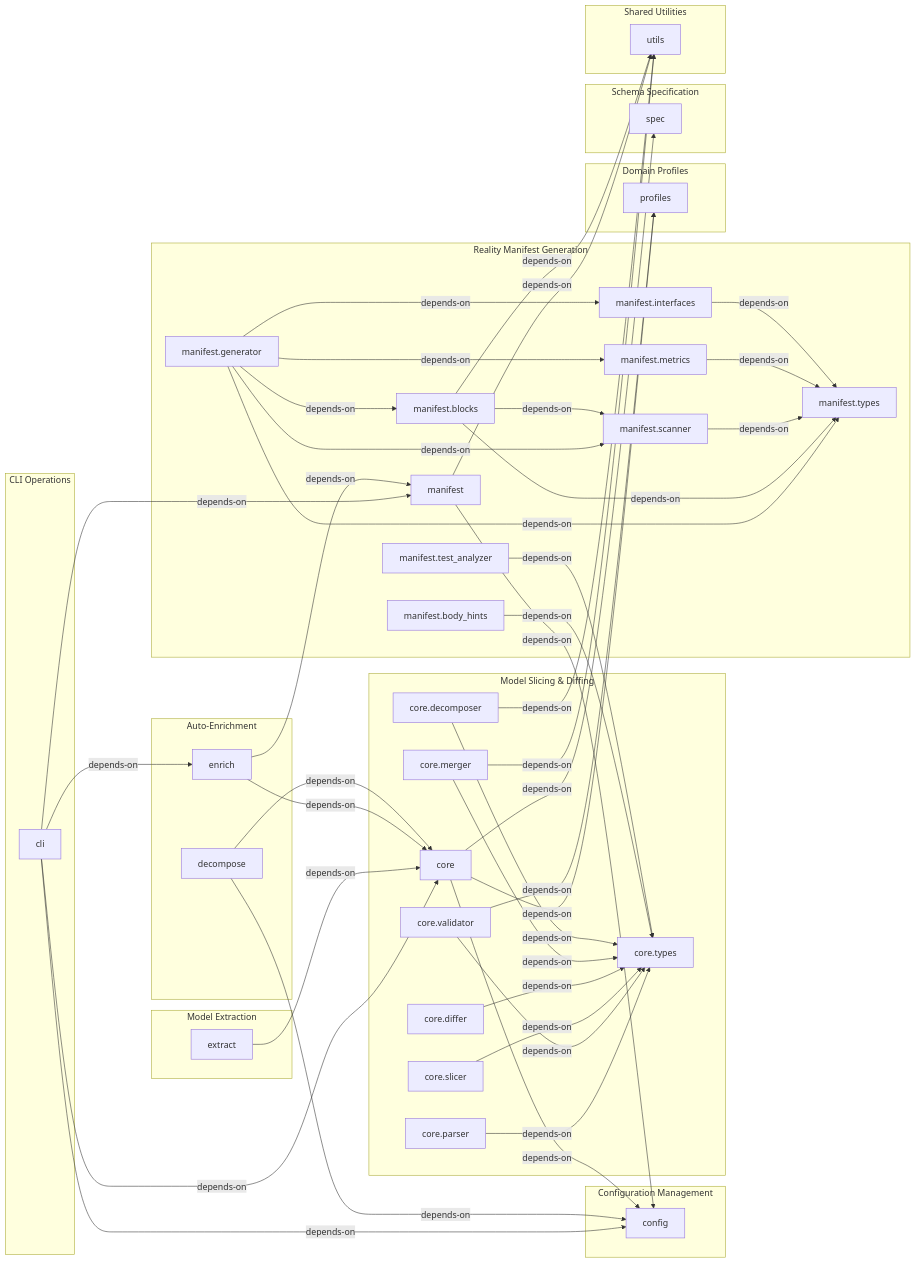
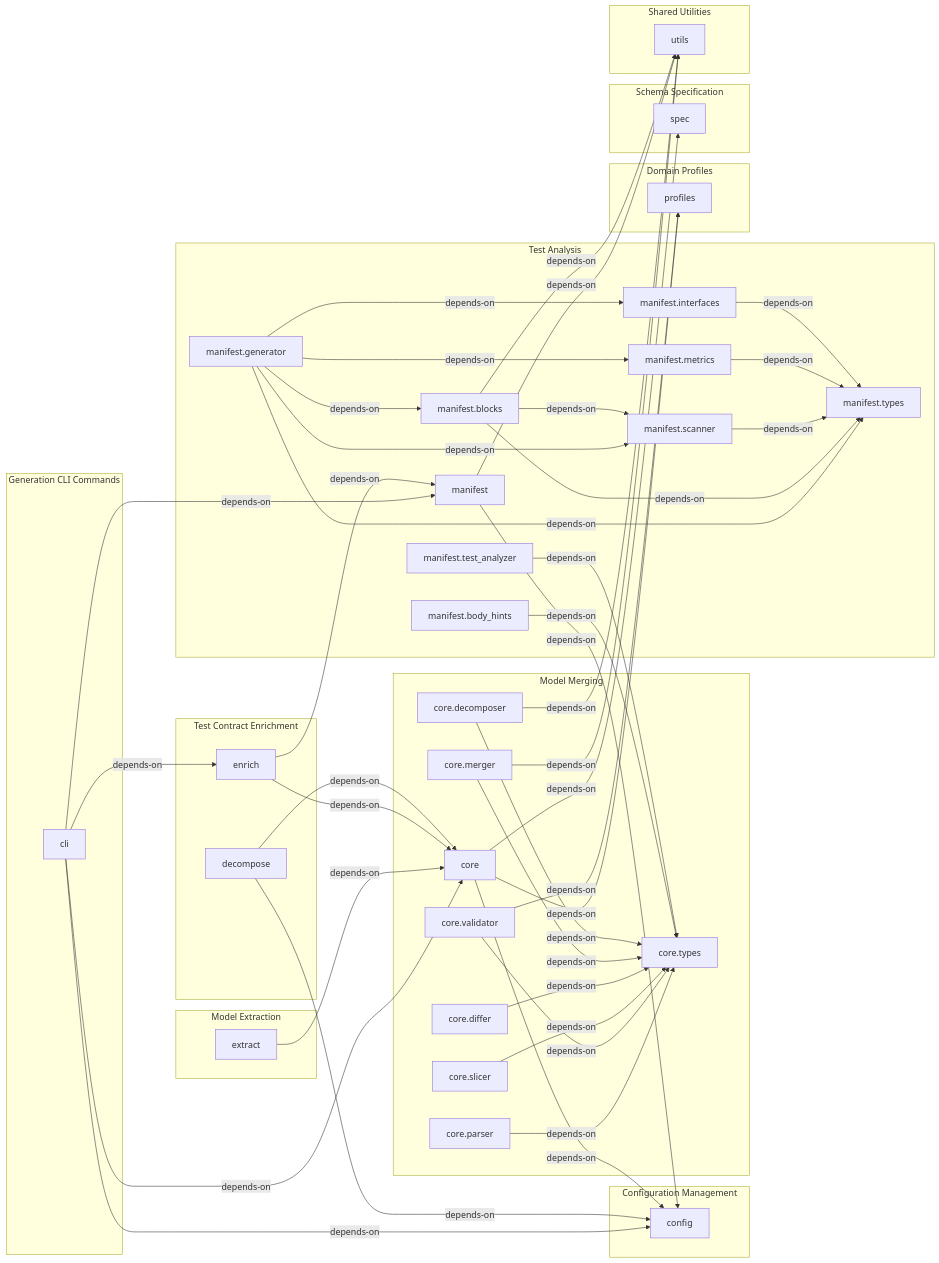
The diagram in output/diagrams/dependencies.md (opn-arch/architecture-model-standard), drawn with Mermaid before and after one commit. The commit also changed 21 other files, not shown here.

First line of the commit message:
feat: SE architecture enrichment — proper use cases, hierarchical capabilities, triggers flow

````diff
--- a/output/diagrams/dependencies.md
+++ b/output/diagrams/dependencies.md
@@ -3,82 +3,82 @@
 ```mermaid
 flowchart LR
-    subgraph F1[CLI Operations]
+    subgraph F1[Generation CLI Commands]
         COMP_CLI[cli]
     end
     subgraph F2[Configuration Management]
         COMP_CONFIG[config]
     end
-    subgraph F3[Model Slicing & Diffing]
+    subgraph F3[Model Merging]
         COMP_CORE[core]
         COMP_CORE_PARSER[core.parser]
         COMP_CORE_VALIDATOR[core.validator]
         COMP_CORE_SLICER[core.slicer]
         COMP_CORE_DIFFER[core.differ]
         COMP_CORE_MERGER[core.merger]
         COMP_CORE_DECOMPOSER[core.decomposer]
         COMP_CORE_TYPES[core.types]
     end
     subgraph F4[Model Extraction]
         COMP_EXTRACT[extract]
     end
-    subgraph F5[Reality Manifest Generation]
+    subgraph F5[Test Analysis]
         COMP_MANIFEST[manifest]
         COMP_MANIFEST_SCANNER[manifest.scanner]
         COMP_MANIFEST_BLOCKS[manifest.blocks]
         COMP_MANIFEST_METRICS[manifest.metrics]
         COMP_MANIFEST_INTERFACES[manifest.interfaces]
         COMP_MANIFEST_BODY_HINTS[manifest.body_hints]
         COMP_MANIFEST_TEST_ANALYZER[manifest.test_analyzer]
         COMP_MANIFEST_GENERATOR[manifest.generator]
         COMP_MANIFEST_TYPES[manifest.types]
     end
-    subgraph F6[Auto-Enrichment]
+    subgraph F6[Test Contract Enrichment]
         COMP_ENRICH[enrich]
         COMP_DECOMPOSE[decompose]
     end
     subgraph F7[Domain Profiles]
         COMP_PROFILES[profiles]
     end
     subgraph F8[Schema Specification]
         COMP_SPEC[spec]
     end
     subgraph F9[Shared Utilities]
         COMP_UTILS[utils]
     end
     COMP_CLI -->|depends-on| COMP_CORE
     COMP_CLI -->|depends-on| COMP_CONFIG
     COMP_CLI -->|depends-on| COMP_MANIFEST
     COMP_CLI -->|depends-on| COMP_ENRICH
     COMP_CORE -->|depends-on| COMP_CONFIG
     COMP_CORE -->|depends-on| COMP_SPEC
     COMP_CORE -->|depends-on| COMP_PROFILES
     COMP_MANIFEST -->|depends-on| COMP_CONFIG
     COMP_MANIFEST -->|depends-on| COMP_UTILS
     COMP_EXTRACT -->|depends-on| COMP_CORE
     COMP_ENRICH -->|depends-on| COMP_CORE
     COMP_ENRICH -->|depends-on| COMP_MANIFEST
     COMP_CORE_PARSER -->|depends-on| COMP_CORE_TYPES
     COMP_CORE_VALIDATOR -->|depends-on| COMP_CORE_TYPES
     COMP_CORE_VALIDATOR -->|depends-on| COMP_PROFILES
     COMP_CORE_SLICER -->|depends-on| COMP_CORE_TYPES
     COMP_CORE_DIFFER -->|depends-on| COMP_CORE_TYPES
     COMP_CORE_MERGER -->|depends-on| COMP_CORE_TYPES
     COMP_CORE_MERGER -->|depends-on| COMP_UTILS
     COMP_CORE_DECOMPOSER -->|depends-on| COMP_CORE_TYPES
     COMP_CORE_DECOMPOSER -->|depends-on| COMP_UTILS
     COMP_MANIFEST_GENERATOR -->|depends-on| COMP_MANIFEST_SCANNER
     COMP_MANIFEST_GENERATOR -->|depends-on| COMP_MANIFEST_BLOCKS
     COMP_MANIFEST_GENERATOR -->|depends-on| COMP_MANIFEST_METRICS
     COMP_MANIFEST_GENERATOR -->|depends-on| COMP_MANIFEST_INTERFACES
     COMP_MANIFEST_GENERATOR -->|depends-on| COMP_MANIFEST_TYPES
     COMP_MANIFEST_BLOCKS -->|depends-on| COMP_MANIFEST_SCANNER
     COMP_MANIFEST_BLOCKS -->|depends-on| COMP_MANIFEST_TYPES
     COMP_MANIFEST_BLOCKS -->|depends-on| COMP_UTILS
     COMP_MANIFEST_SCANNER -->|depends-on| COMP_MANIFEST_TYPES
     COMP_MANIFEST_METRICS -->|depends-on| COMP_MANIFEST_TYPES
     COMP_MANIFEST_INTERFACES -->|depends-on| COMP_MANIFEST_TYPES
     COMP_MANIFEST_BODY_HINTS -->|depends-on| COMP_CORE_TYPES
     COMP_MANIFEST_TEST_ANALYZER -->|depends-on| COMP_CORE_TYPES
     COMP_DECOMPOSE -->|depends-on| COMP_CORE
     COMP_DECOMPOSE -->|depends-on| COMP_CONFIG
 ```
````
